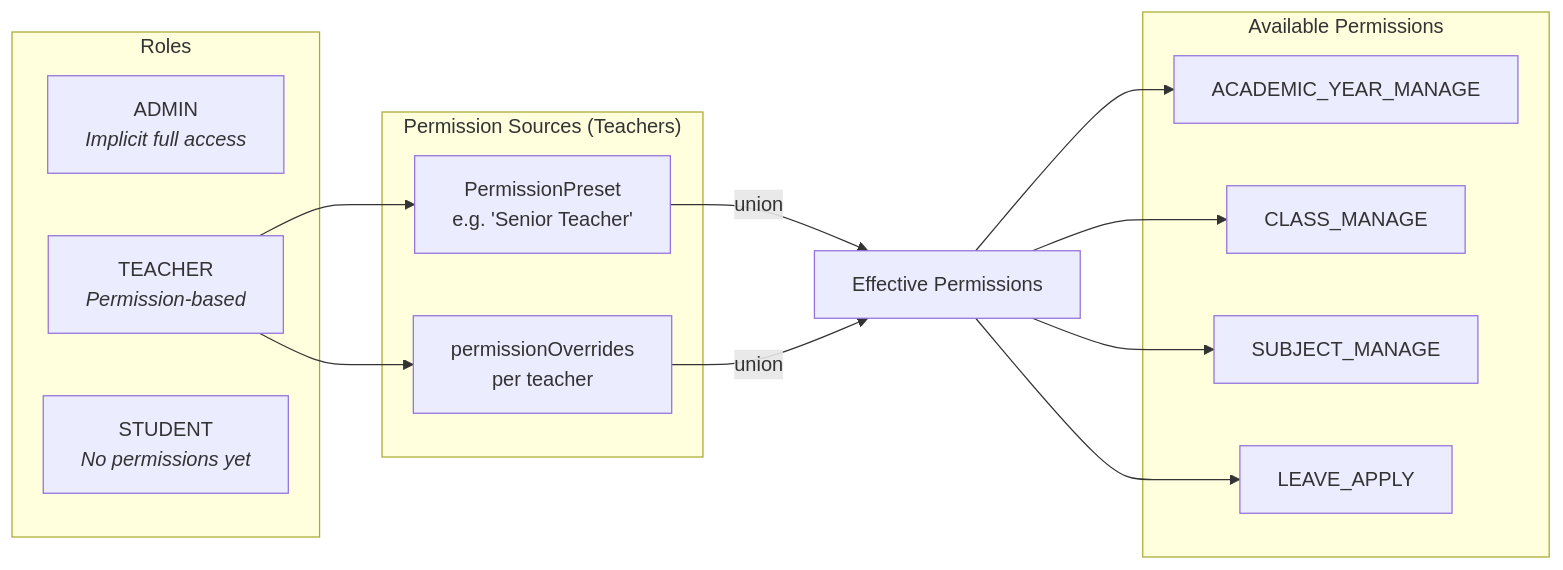
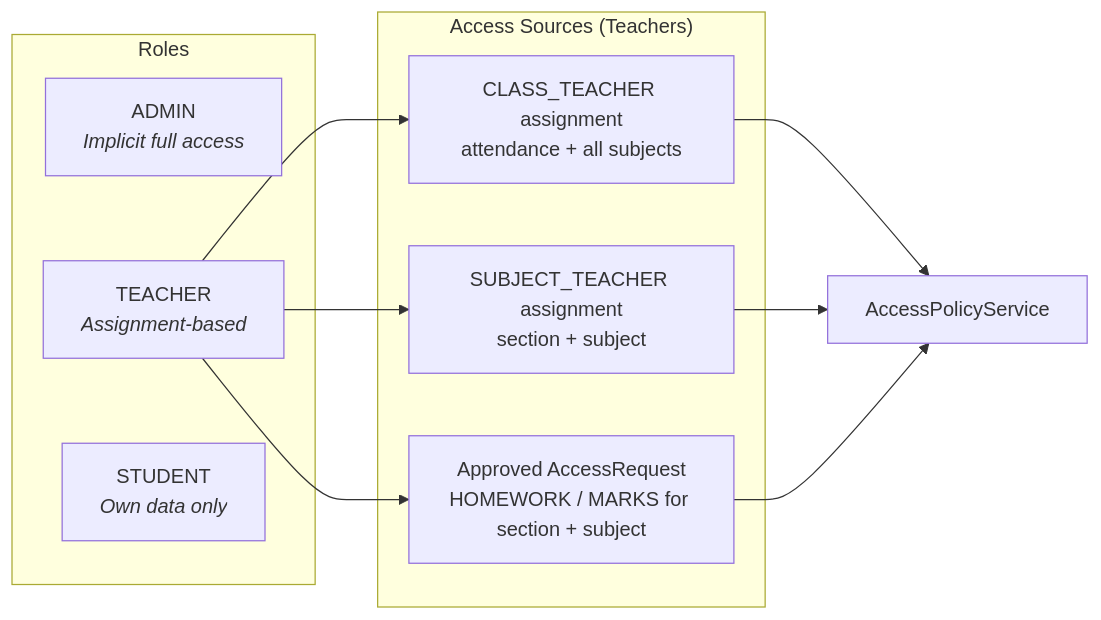
The seventh of 16 diagrams in docs/ARCHITECTURE.md (Shu03/my-school-BE), drawn with Mermaid before and after one commit. The commit also changed other lines of this file and 95 other files, not shown here.

Commit message:
Accounts service, Permissions modification, bug fixes

````diff
--- a/docs/ARCHITECTURE.md
+++ b/docs/ARCHITECTURE.md
@@ -289,26 +285,17 @@
 ```mermaid
 flowchart LR
     subgraph Roles
         ADMIN[ADMIN<br/><i>Implicit full access</i>]
-        TEACHER[TEACHER<br/><i>Permission-based</i>]
-        STUDENT[STUDENT<br/><i>No permissions yet</i>]
+        TEACHER[TEACHER<br/><i>Assignment-based</i>]
+        STUDENT[STUDENT<br/><i>Own data only</i>]
     end
 
-    subgraph Sources["Permission Sources (Teachers)"]
-        PRESET[PermissionPreset<br/>e.g. 'Senior Teacher']
-        OVERRIDES[permissionOverrides<br/>per teacher]
+    subgraph Sources["Access Sources (Teachers)"]
+        CT[CLASS_TEACHER assignment<br/>attendance + all subjects]
+        ST[SUBJECT_TEACHER assignment<br/>section + subject]
+        AR[Approved AccessRequest<br/>HOMEWORK / MARKS for section + subject]
     end
 
-    subgraph Perms["Available Permissions"]
-        P1[ACADEMIC_YEAR_MANAGE]
-        P2[CLASS_MANAGE]
-        P3[SUBJECT_MANAGE]
-        P4[LEAVE_APPLY]
-    end
-
-    TEACHER --> PRESET
-    TEACHER --> OVERRIDES
-    PRESET --> |union| MERGE[Effective Permissions]
-    OVERRIDES --> |union| MERGE
-    MERGE --> P1 & P2 & P3 & P4
+    TEACHER --> CT & ST & AR
+    CT & ST & AR --> POLICY[AccessPolicyService]
 ```
````
